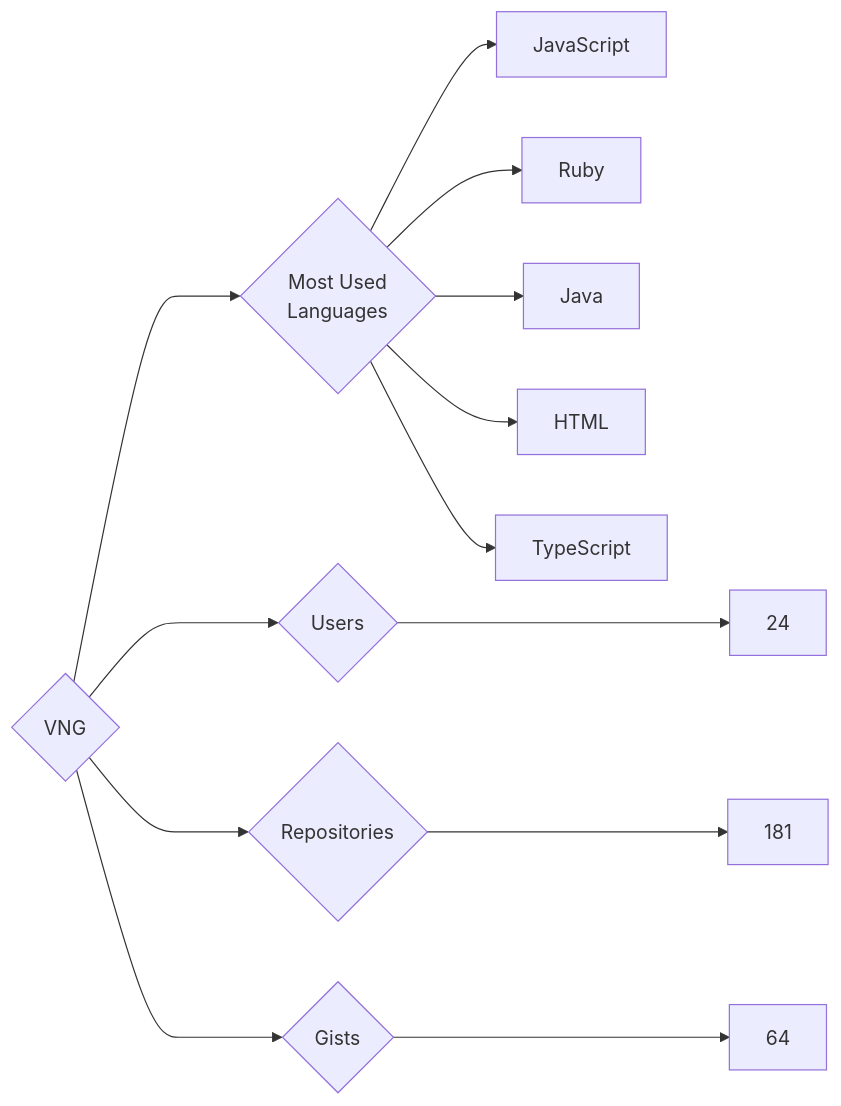
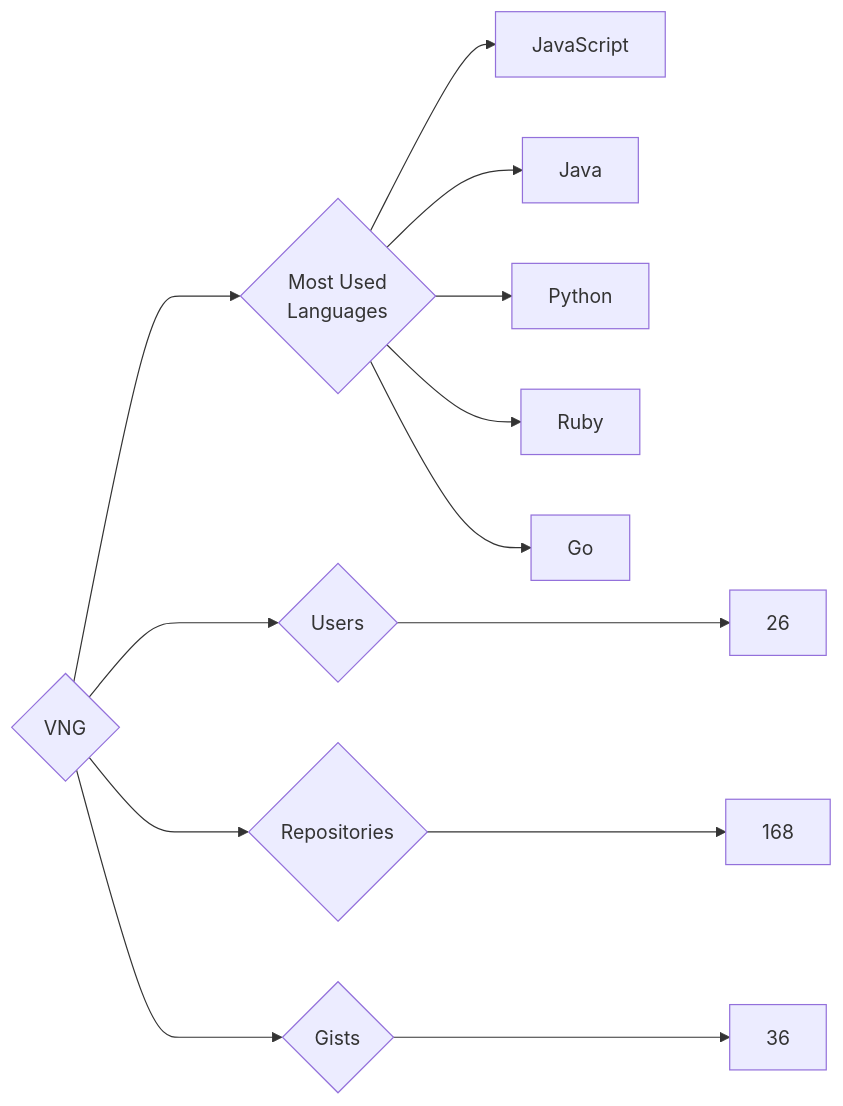
Before and after one commit to trickest/insiders: the diagram in targets/VNG/README.md, drawn with Mermaid. The commit also changed 964 other files, not shown here.

````diff
--- a/targets/VNG/README.md
+++ b/targets/VNG/README.md
@@ -3,13 +3,13 @@
 ```mermaid
 graph LR
 COMPANY_NAME{VNG}
-COMPANY_NAME ---> U{Users} ---> UN[24]
-COMPANY_NAME ---> R{Repositories} ---> RN[181]
-COMPANY_NAME ---> G{Gists} ---> GN[64]
+COMPANY_NAME ---> U{Users} ---> UN[26]
+COMPANY_NAME ---> R{Repositories} ---> RN[168]
+COMPANY_NAME ---> G{Gists} ---> GN[36]
 COMPANY_NAME ---> ML{Most Used<br>Languages}
 ML --> JavaScript[JavaScript]
+ML --> Java[Java]
+ML --> Python[Python]
 ML --> Ruby[Ruby]
-ML --> Java[Java]
-ML --> HTML[HTML]
-ML --> TypeScript[TypeScript]
+ML --> Go[Go]
 ```
````
